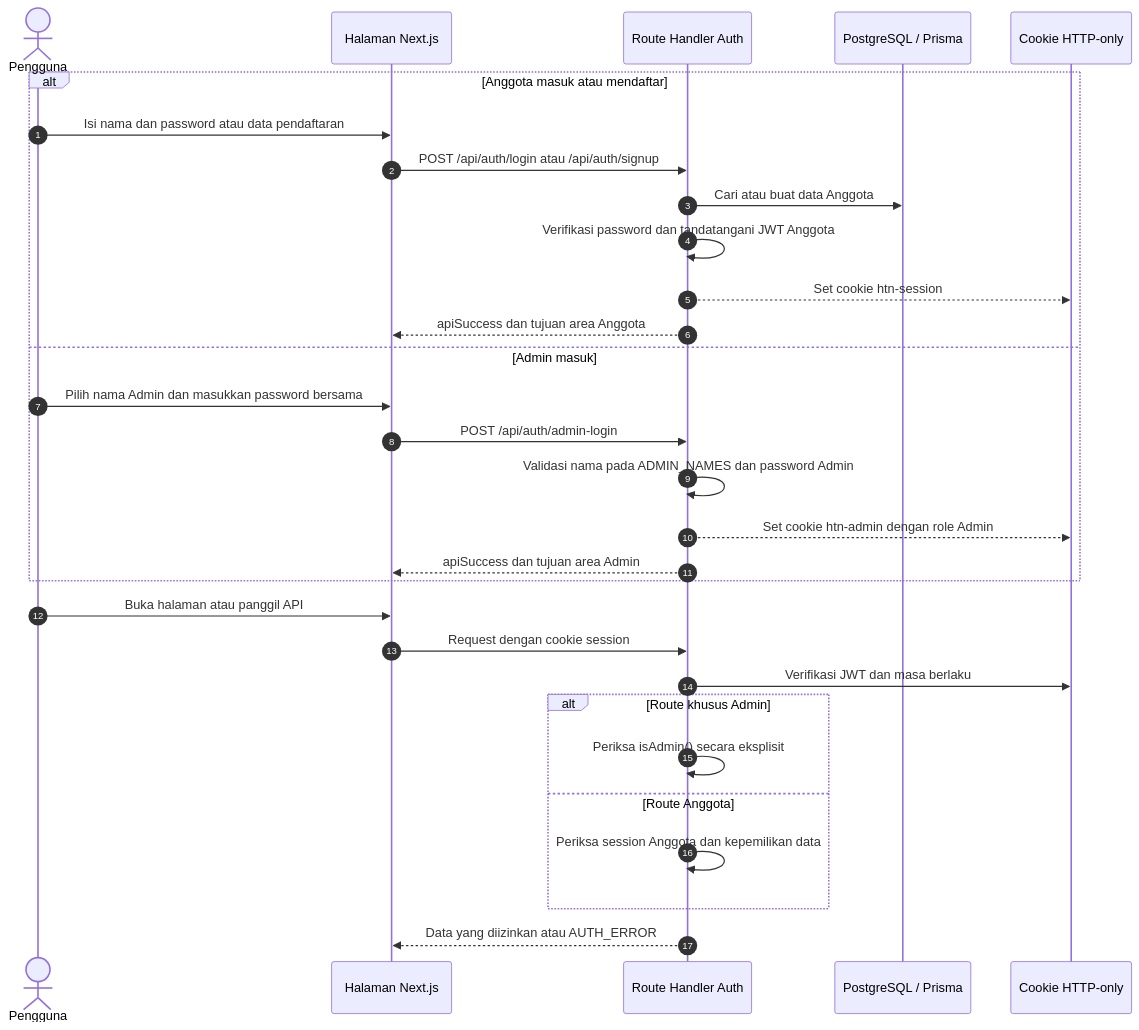
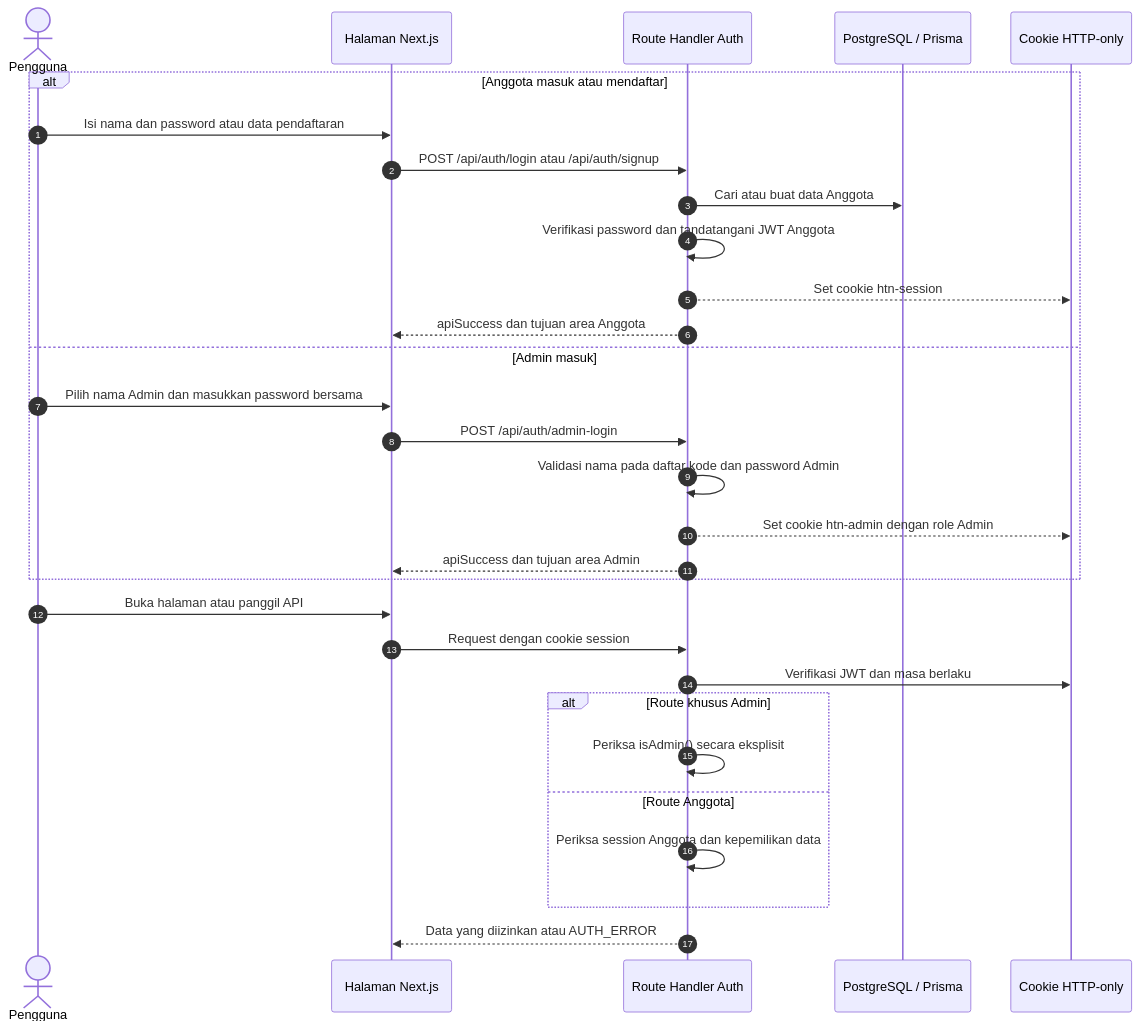
The second of 5 diagrams in README.md (htnuinar26/htn-legacy), drawn with Mermaid before and after one commit. The commit also changed other lines of this file, not shown here.

Commit message:
docs: perbarui dokumentasi login admin

````diff
--- a/README.md
+++ b/README.md
@@ -55,34 +55,34 @@
 ```mermaid
 sequenceDiagram
     autonumber
     actor U as Pengguna
     participant UI as Halaman Next.js
     participant API as Route Handler Auth
     participant DB as PostgreSQL / Prisma
     participant C as Cookie HTTP-only
 
     alt Anggota masuk atau mendaftar
         U->>UI: Isi nama dan password atau data pendaftaran
         UI->>API: POST /api/auth/login atau /api/auth/signup
         API->>DB: Cari atau buat data Anggota
         API->>API: Verifikasi password dan tandatangani JWT Anggota
         API-->>C: Set cookie htn-session
         API-->>UI: apiSuccess dan tujuan area Anggota
     else Admin masuk
         U->>UI: Pilih nama Admin dan masukkan password bersama
         UI->>API: POST /api/auth/admin-login
-        API->>API: Validasi nama pada ADMIN_NAMES dan password Admin
+        API->>API: Validasi nama pada daftar kode dan password Admin
         API-->>C: Set cookie htn-admin dengan role Admin
         API-->>UI: apiSuccess dan tujuan area Admin
     end
 
     U->>UI: Buka halaman atau panggil API
     UI->>API: Request dengan cookie session
     API->>C: Verifikasi JWT dan masa berlaku
     alt Route khusus Admin
         API->>API: Periksa isAdmin() secara eksplisit
     else Route Anggota
         API->>API: Periksa session Anggota dan kepemilikan data
     end
     API-->>UI: Data yang diizinkan atau AUTH_ERROR
 ```
````
